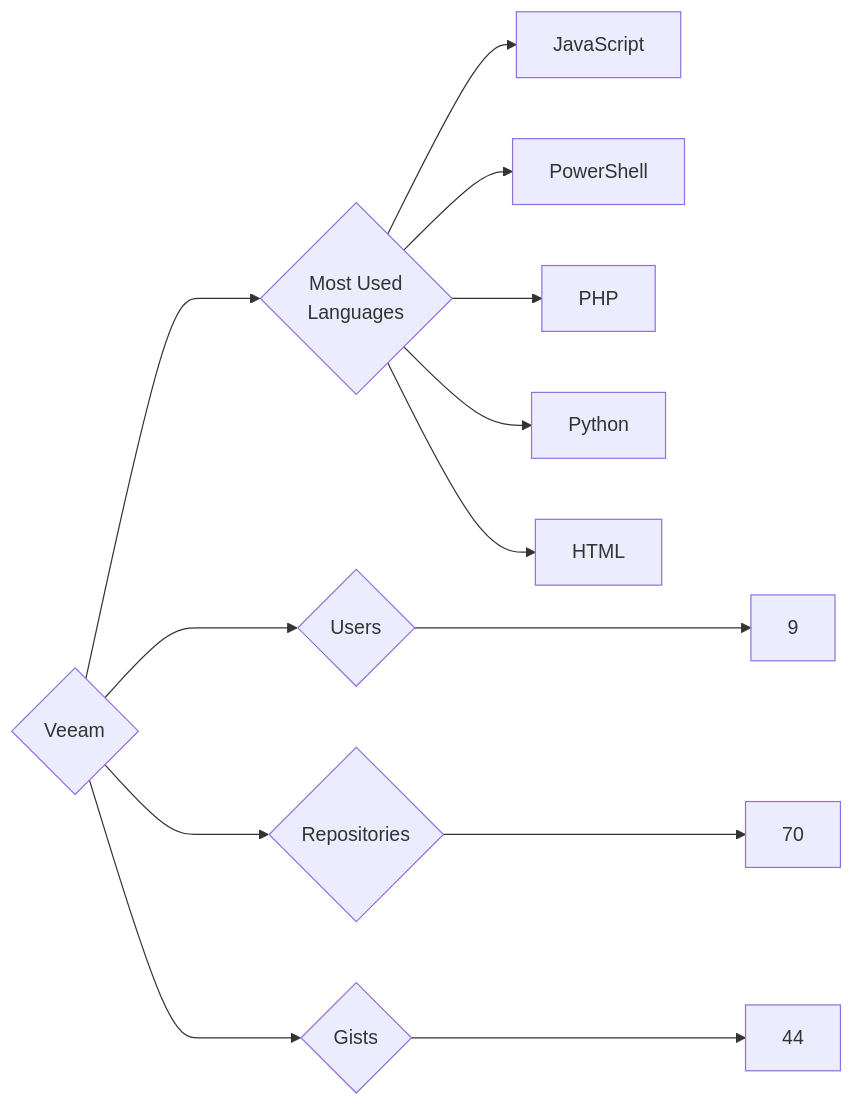
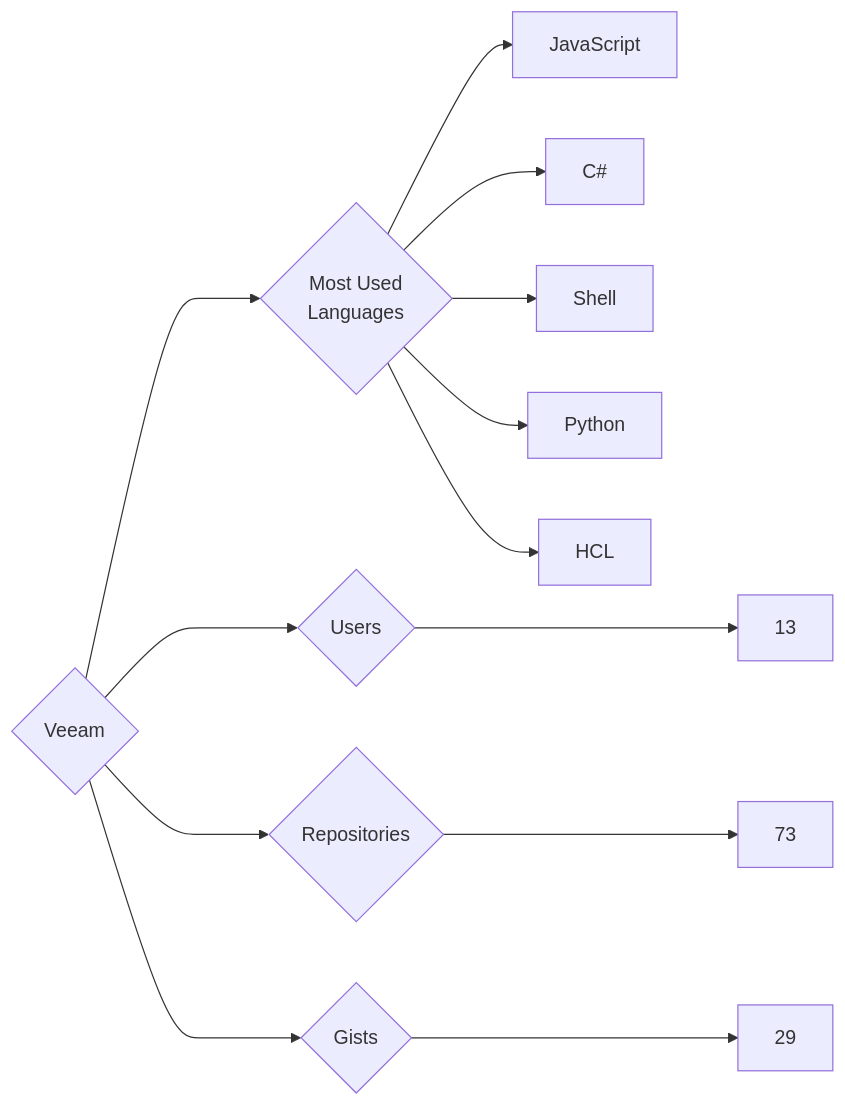
One commit to trickest/insiders changed the diagram in targets/Veeam/README.md. Above: the diagram before and after it, drawn with Mermaid. The commit also changed 976 other files, not shown here.

````diff
--- a/targets/Veeam/README.md
+++ b/targets/Veeam/README.md
@@ -3,13 +3,13 @@
 ```mermaid
 graph LR
 COMPANY_NAME{Veeam}
-COMPANY_NAME ---> U{Users} ---> UN[9]
-COMPANY_NAME ---> R{Repositories} ---> RN[70]
-COMPANY_NAME ---> G{Gists} ---> GN[44]
+COMPANY_NAME ---> U{Users} ---> UN[13]
+COMPANY_NAME ---> R{Repositories} ---> RN[73]
+COMPANY_NAME ---> G{Gists} ---> GN[29]
 COMPANY_NAME ---> ML{Most Used<br>Languages}
 ML --> JavaScript[JavaScript]
-ML --> PowerShell[PowerShell]
-ML --> PHP[PHP]
+ML --> C#[C#]
+ML --> Shell[Shell]
 ML --> Python[Python]
-ML --> HTML[HTML]
+ML --> HCL[HCL]
 ```
````
